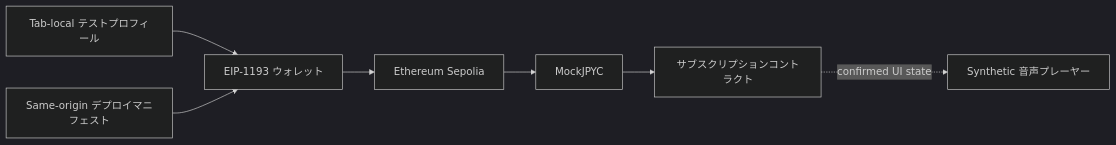
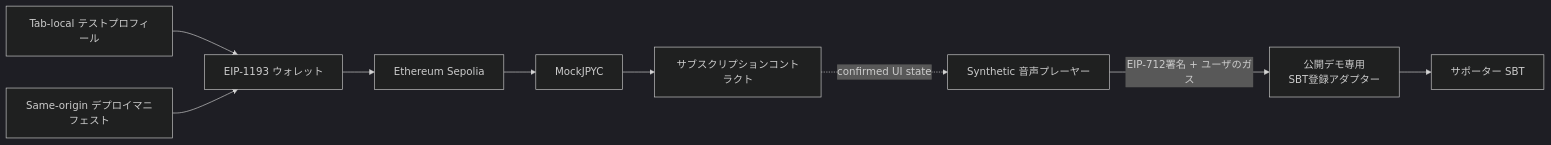
Before and after one commit to ShigeichiroYamasaki/creator-first-platform: the diagram in docs/adr/ADR-0014-public-testnet-user-journey.md, drawn with Mermaid (dark theme). The commit also changed other lines of this file and 12 other files, not shown here.

````diff
--- a/docs/adr/ADR-0014-public-testnet-user-journey.md
+++ b/docs/adr/ADR-0014-public-testnet-user-journey.md
@@ -26,16 +26,19 @@
 ```mermaid
 flowchart LR
     PROFILE[Tab-local テストプロフィール]
     WALLET[EIP-1193 ウォレット]
     MANIFEST[Same-origin デプロイマニフェスト]
     SEPOLIA[Ethereum Sepolia]
     TOKEN[MockJPYC]
     SUB[サブスクリプションコントラクト]
     PLAYER[Synthetic 音声プレーヤー]
+    ADAPTER[公開デモ専用<br/>SBT登録アダプター]
+    SBT[サポーター SBT]
 
     PROFILE --> WALLET
     MANIFEST --> WALLET
     WALLET --> SEPOLIA
     SEPOLIA --> TOKEN --> SUB
     SUB -. confirmed UI state .-> PLAYER
+    PLAYER -->|EIP-712署名 + ユーザのガス| ADAPTER --> SBT
 ```
````
